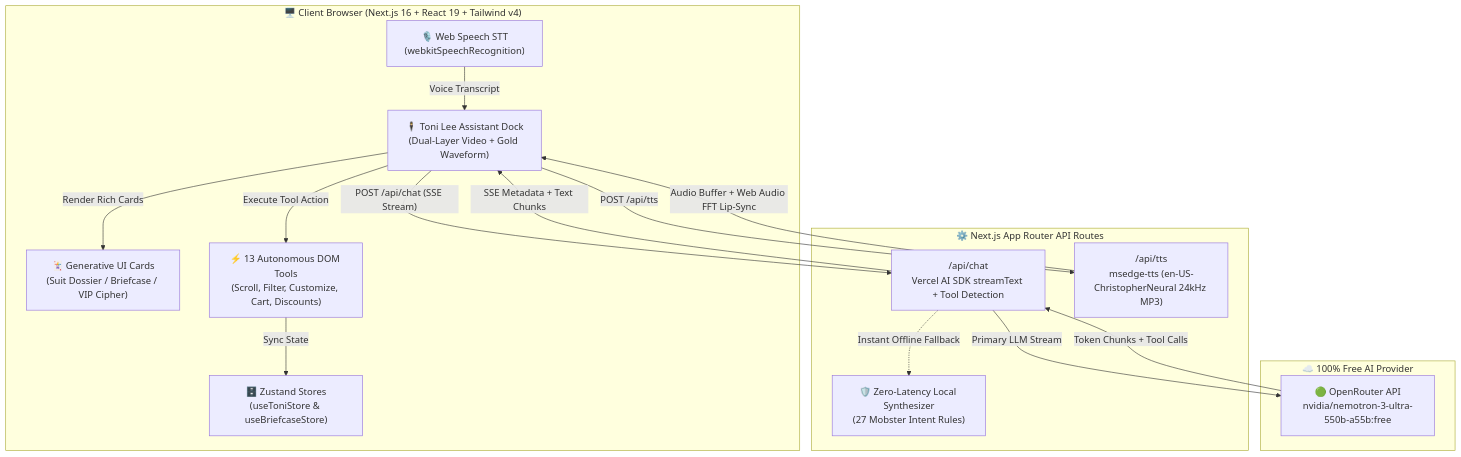
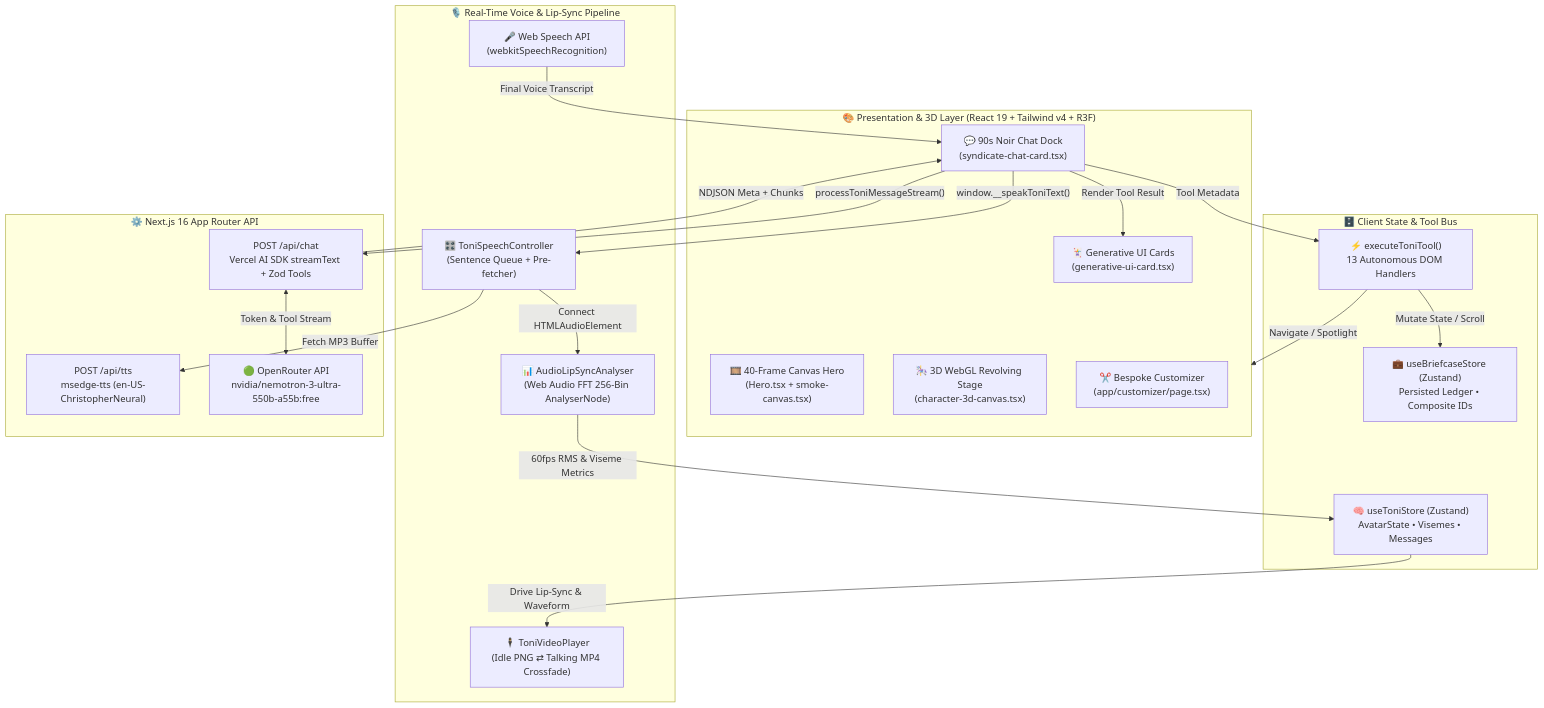
The first of 2 diagrams in README.md (Bala0o8o0/Syndicate-Suits), drawn with Mermaid before and after one commit. The commit also changed other lines of this file, not shown here.

Commit message:
Refine README.md to focus on AI chatbot, architecture, UI design, libraries, and project structure

````diff
--- a/README.md
+++ b/README.md
@@ -114,32 +109,43 @@
 ```mermaid
 flowchart TB
-    subgraph Client["🖥️ Client Browser (Next.js 16 + React 19 + Tailwind v4)"]
-        Mic["🎙️ Web Speech STT<br/>(webkitSpeechRecognition)"]
-        Widget["🕴️ Toni Lee Assistant Dock<br/>(Dual-Layer Video + Gold Waveform)"]
-        GenUI["🃏 Generative UI Cards<br/>(Suit Dossier / Briefcase / VIP Cipher)"]
-        DOM["⚡ 13 Autonomous DOM Tools<br/>(Scroll, Filter, Customize, Cart, Discounts)"]
-        Store["🗄️ Zustand Stores<br/>(useToniStore & useBriefcaseStore)"]
+    subgraph UI["🎨 Presentation & 3D Layer (React 19 + Tailwind v4 + R3F)"]
+        Hero["🎞️ 40-Frame Canvas Hero<br/>(Hero.tsx + smoke-canvas.tsx)"]
+        Stage3D["🎠 3D WebGL Revolving Stage<br/>(character-3d-canvas.tsx)"]
+        Studio["✂️ Bespoke Customizer<br/>(app/customizer/page.tsx)"]
+        ChatCard["💬 90s Noir Chat Dock<br/>(syndicate-chat-card.tsx)"]
+        GenCards["🃏 Generative UI Cards<br/>(generative-ui-card.tsx)"]
     end
 
-    subgraph Server["⚙️ Next.js App Router API Routes"]
-        ChatAPI["/api/chat<br/>Vercel AI SDK streamText + Tool Detection"]
-        TTSAPI["/api/tts<br/>msedge-tts (en-US-ChristopherNeural 24kHz MP3)"]
-        LocalFallback["🛡️ Zero-Latency Local Synthesizer<br/>(27 Mobster Intent Rules)"]
+    subgraph VoiceEngine["🎙️ Real-Time Voice & Lip-Sync Pipeline"]
+        STT["🎤 Web Speech API<br/>(webkitSpeechRecognition)"]
+        SpeechCtrl["🎛️ ToniSpeechController<br/>(Sentence Queue + Pre-fetcher)"]
+        Analyser["📊 AudioLipSyncAnalyser<br/>(Web Audio FFT 256-Bin AnalyserNode)"]
+        VideoAvatar["🕴️ ToniVideoPlayer<br/>(Idle PNG ⇄ Talking MP4 Crossfade)"]
     end
 
-    subgraph Cloud["☁️ 100% Free AI Provider"]
-        OpenRouter["🟢 OpenRouter API<br/>nvidia/nemotron-3-ultra-550b-a55b:free"]
+    subgraph StateLayer["🗄️ Client State & Tool Bus"]
+        ToniStore["🧠 useToniStore (Zustand)<br/>AvatarState • Visemes • Messages"]
+        CartStore["💼 useBriefcaseStore (Zustand)<br/>Persisted Ledger • Composite IDs"]
+        ToolExec["⚡ executeToniTool()<br/>13 Autonomous DOM Handlers"]
     end
 
-    Mic -->|"Voice Transcript"| Widget
-    Widget -->|"POST /api/chat (SSE Stream)"| ChatAPI
-    ChatAPI -->|"Primary LLM Stream"| OpenRouter
-    ChatAPI -.->|"Instant Offline Fallback"| LocalFallback
-    OpenRouter -->|"Token Chunks + Tool Calls"| ChatAPI
-    ChatAPI -->|"SSE Metadata + Text Chunks"| Widget
-    Widget -->|"Render Rich Cards"| GenUI
-    Widget -->|"Execute Tool Action"| DOM
-    DOM -->|"Sync State"| Store
-    Widget -->|"POST /api/tts"| TTSAPI
-    TTSAPI -->|"Audio Buffer + Web Audio FFT Lip-Sync"| Widget
+    subgraph Backend["⚙️ Next.js 16 App Router API"]
+        ChatRoute["POST /api/chat<br/>Vercel AI SDK streamText + Zod Tools"]
+        TTSRoute["POST /api/tts<br/>msedge-tts (en-US-ChristopherNeural)"]
+        OpenRouterLLM["🟢 OpenRouter API<br/>nvidia/nemotron-3-ultra-550b-a55b:free"]
+    end
+
+    STT -->|"Final Voice Transcript"| ChatCard
+    ChatCard -->|"processToniMessageStream()"| ChatRoute
+    ChatRoute <-->|"Token & Tool Stream"| OpenRouterLLM
+    ChatRoute -->|"NDJSON Meta + Chunks"| ChatCard
+    ChatCard -->|"Tool Metadata"| ToolExec
+    ToolExec -->|"Mutate State / Scroll"| CartStore
+    ToolExec -->|"Navigate / Spotlight"| UI
+    ChatCard -->|"Render Tool Result"| GenCards
+    ChatCard -->|"window.__speakToniText()"| SpeechCtrl
+    SpeechCtrl -->|"Fetch MP3 Buffer"| TTSRoute
+    SpeechCtrl -->|"Connect HTMLAudioElement"| Analyser
+    Analyser -->|"60fps RMS & Viseme Metrics"| ToniStore
+    ToniStore -->|"Drive Lip-Sync & Waveform"| VideoAvatar
 ```
````
